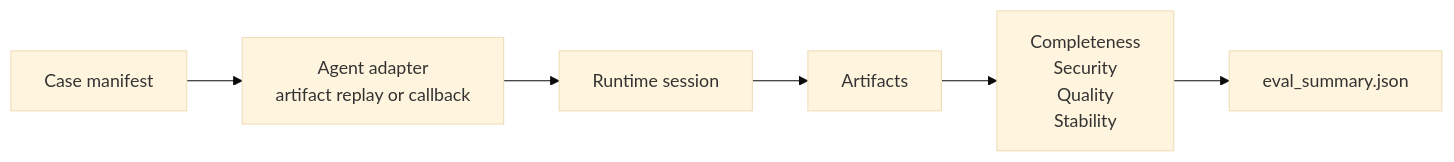
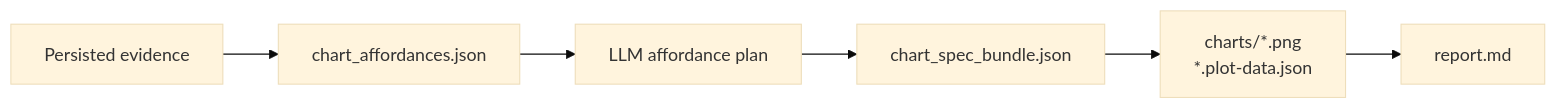
Before and after one commit to diankong720-ui/Data-Pandora: the fourth of 4 diagrams in README.md, drawn with Mermaid (base theme). The commit also changed other lines of this file and 37 other files, not shown here.

````diff
--- a/README.md
+++ b/README.md
@@ -329,11 +269,11 @@
 ```mermaid
 flowchart LR
-    Case["Case manifest"]
-    Adapter["Agent adapter\nartifact replay or callback"]
-    Runtime["Runtime session"]
-    Artifacts["Artifacts"]
-    Scorers["Completeness\nSecurity\nQuality\nStability"]
-    Summary["eval_summary.json"]
+  Evidence["Persisted evidence"]
+  Affordances["chart_affordances.json"]
+  Plan["LLM affordance plan"]
+  Spec["chart_spec_bundle.json"]
+  Render["charts/*.png<br/>*.plot-data.json"]
+  Report["report.md"]
 
-    Case --> Adapter --> Runtime --> Artifacts --> Scorers --> Summary
+  Evidence --> Affordances --> Plan --> Spec --> Render --> Report
 ```
````
